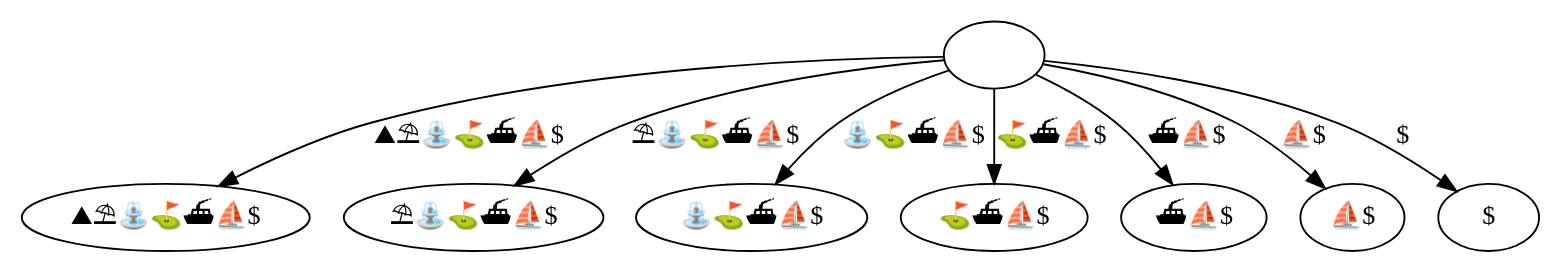
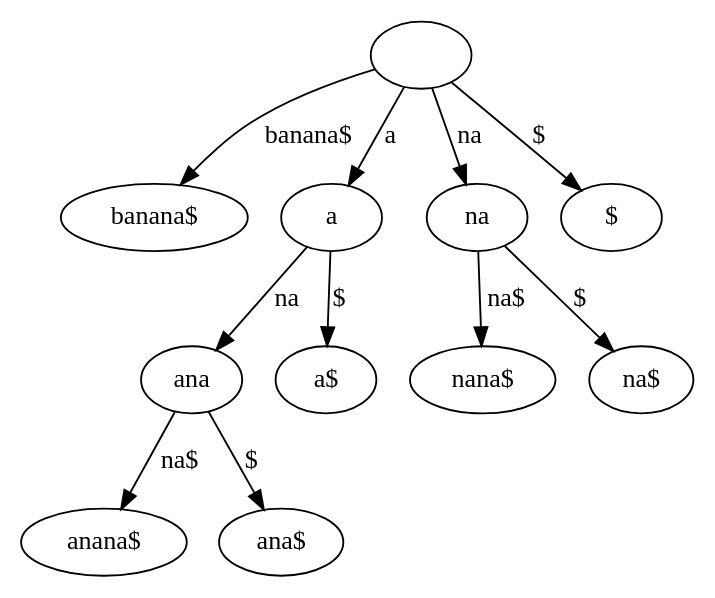
Before and after one commit to cmkobel/GSA: the diagram in 2_suffix_trees/test-output/suffix tree.gv, drawn with Graphviz. The commit also changed 18 other files, not shown here.

```diff
--- a/2_suffix_trees/test-output/suffix tree.gv
+++ b/2_suffix_trees/test-output/suffix tree.gv
@@ -1,18 +1,24 @@
 // Suffix tree
 digraph {
 	"|" [label=""]
-	"⛰⛱⛲⛳⛴⛵$|⛰⛱⛲⛳⛴⛵$" [label="⛰⛱⛲⛳⛴⛵$"]
-	"|" -> "⛰⛱⛲⛳⛴⛵$|⛰⛱⛲⛳⛴⛵$" [label="⛰⛱⛲⛳⛴⛵$"]
-	"⛱⛲⛳⛴⛵$|⛱⛲⛳⛴⛵$" [label="⛱⛲⛳⛴⛵$"]
-	"|" -> "⛱⛲⛳⛴⛵$|⛱⛲⛳⛴⛵$" [label="⛱⛲⛳⛴⛵$"]
-	"⛲⛳⛴⛵$|⛲⛳⛴⛵$" [label="⛲⛳⛴⛵$"]
-	"|" -> "⛲⛳⛴⛵$|⛲⛳⛴⛵$" [label="⛲⛳⛴⛵$"]
-	"⛳⛴⛵$|⛳⛴⛵$" [label="⛳⛴⛵$"]
-	"|" -> "⛳⛴⛵$|⛳⛴⛵$" [label="⛳⛴⛵$"]
-	"⛴⛵$|⛴⛵$" [label="⛴⛵$"]
-	"|" -> "⛴⛵$|⛴⛵$" [label="⛴⛵$"]
-	"⛵$|⛵$" [label="⛵$"]
-	"|" -> "⛵$|⛵$" [label="⛵$"]
+	"banana$|banana$" [label="banana$"]
+	"|" -> "banana$|banana$" [label="banana$"]
+	"a|a" [label=a]
+	"na|ana" [label=ana]
+	"na$|anana$" [label="anana$"]
+	"na|ana" -> "na$|anana$" [label="na$"]
+	"$|ana$" [label="ana$"]
+	"na|ana" -> "$|ana$" [label="$"]
+	"a|a" -> "na|ana" [label=na]
+	"$|a$" [label="a$"]
+	"a|a" -> "$|a$" [label="$"]
+	"|" -> "a|a" [label=a]
+	"na|na" [label=na]
+	"na$|nana$" [label="nana$"]
+	"na|na" -> "na$|nana$" [label="na$"]
+	"$|na$" [label="na$"]
+	"na|na" -> "$|na$" [label="$"]
+	"|" -> "na|na" [label=na]
 	"$|$" [label="$"]
 	"|" -> "$|$" [label="$"]
 }
```
